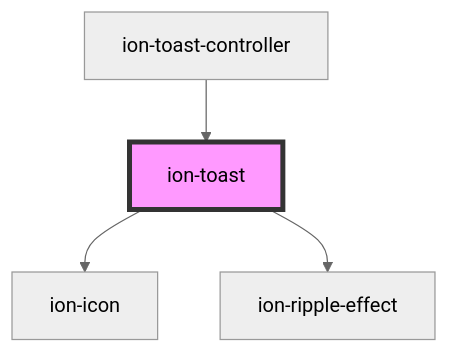
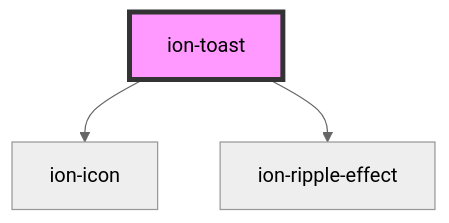
One commit to ionic-team/ionic-framework changed the diagram in core/src/components/toast/readme.md. Above: the diagram before and after it, drawn with Mermaid (neutral theme). The commit also changed other lines of this file and 31 other files, not shown here.

````diff
--- a/core/src/components/toast/readme.md
+++ b/core/src/components/toast/readme.md
@@ -288,7 +284,6 @@
 ```mermaid
 graph TD;
   ion-toast --> ion-icon
   ion-toast --> ion-ripple-effect
-  ion-toast-controller --> ion-toast
   style ion-toast fill:#f9f,stroke:#333,stroke-width:4px
 ```
````
